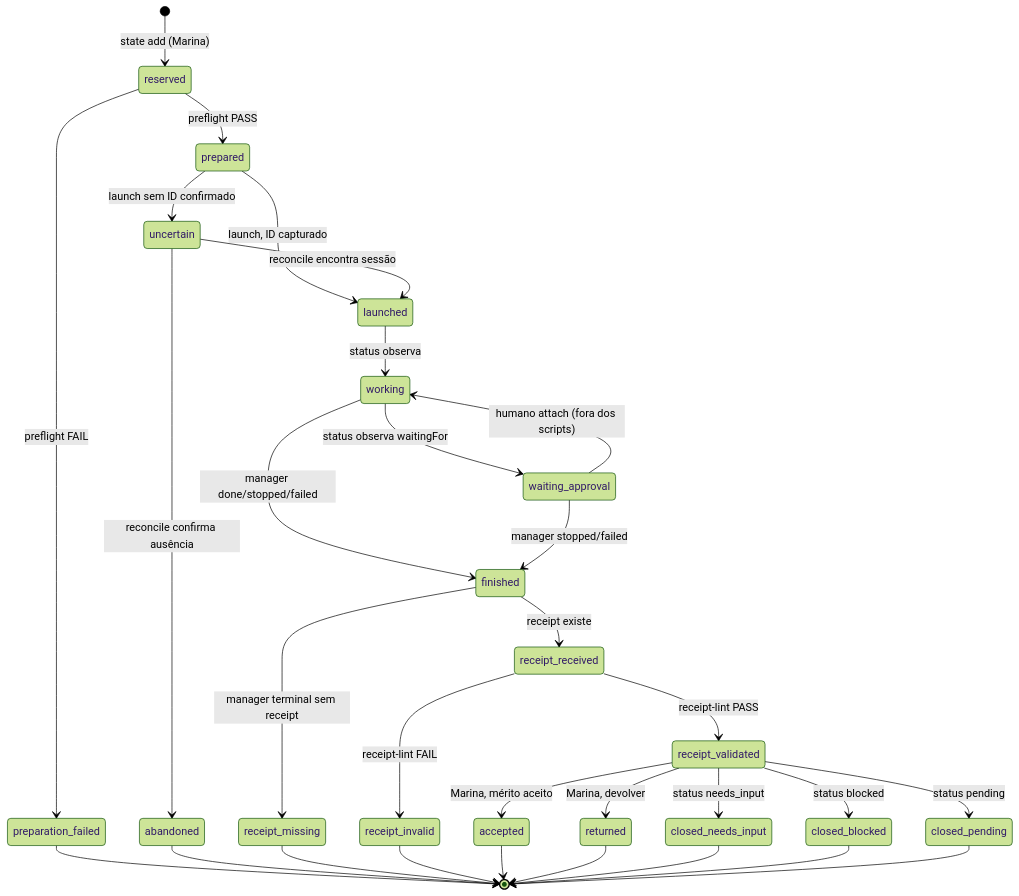
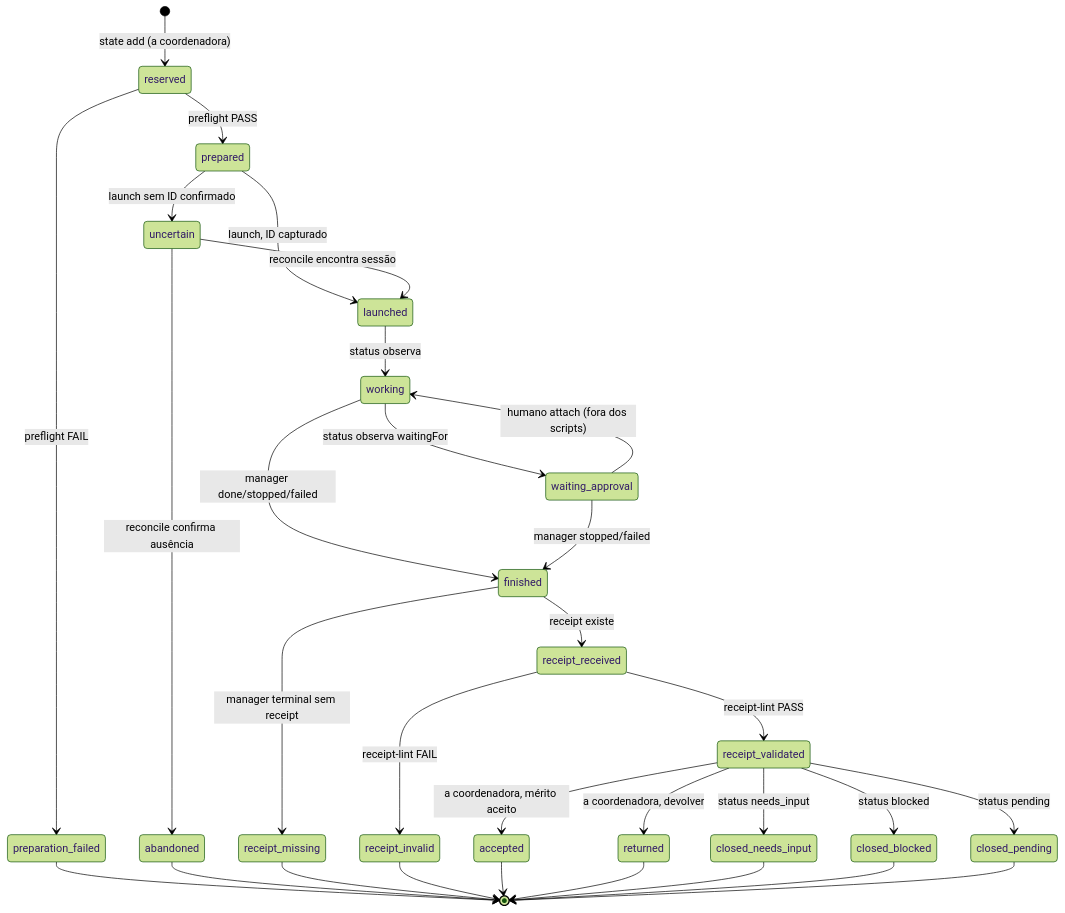
Before and after one commit to lukasspires/github-copilot-fullstack-kit: the second of 2 diagrams in docs/plano-estado-estruturado-e-grafos.md, drawn with Mermaid (forest theme). The commit also changed other lines of this file and 48 other files, not shown here.

````diff
--- a/docs/plano-estado-estruturado-e-grafos.md
+++ b/docs/plano-estado-estruturado-e-grafos.md
@@ -213,33 +213,33 @@
 ```mermaid
 stateDiagram-v2
-  [*] --> reserved: state add (Marina)
+  [*] --> reserved: state add (a coordenadora)
   reserved --> prepared: preflight PASS
   reserved --> preparation_failed: preflight FAIL
   prepared --> launched: launch, ID capturado
   prepared --> uncertain: launch sem ID confirmado
   uncertain --> launched: reconcile encontra sessão
   uncertain --> abandoned: reconcile confirma ausência
   launched --> working: status observa
   working --> waiting_approval: status observa waitingFor
   waiting_approval --> working: humano attach (fora dos scripts)
   working --> finished: manager done/stopped/failed
   waiting_approval --> finished: manager stopped/failed
   finished --> receipt_received: receipt existe
   finished --> receipt_missing: manager terminal sem receipt
   receipt_received --> receipt_validated: receipt-lint PASS
   receipt_received --> receipt_invalid: receipt-lint FAIL
-  receipt_validated --> accepted: Marina, mérito aceito
-  receipt_validated --> returned: Marina, devolver
+  receipt_validated --> accepted: a coordenadora, mérito aceito
+  receipt_validated --> returned: a coordenadora, devolver
   receipt_validated --> closed_needs_input: status needs_input
   receipt_validated --> closed_blocked: status blocked
   receipt_validated --> closed_pending: status pending
   preparation_failed --> [*]
   abandoned --> [*]
   receipt_missing --> [*]
   receipt_invalid --> [*]
   accepted --> [*]
   returned --> [*]
   closed_needs_input --> [*]
   closed_blocked --> [*]
   closed_pending --> [*]
 ```
````
